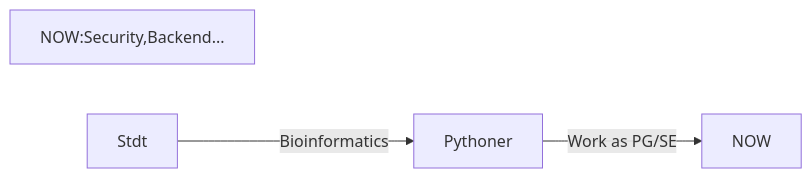
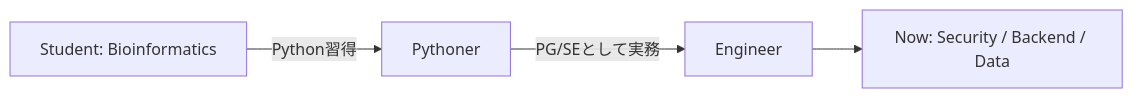
The diagram in README.md (myon-bioinformatics/myon-bioinformatics), drawn with Mermaid before and after one commit. The commit also changed other lines of this file, not shown here.

`````diff
--- a/README.md
+++ b/README.md
@@ -16,5 +33,6 @@
 ```mermaid
- flowchart LR
- NOW:Security,Backend...
-	 Stdt --Bioinformatics --> Pythoner --Work as PG/SE -->NOW
-```
+flowchart LR
+  Stdt[Student: Bioinformatics] -->|Python習得| Pythoner[Pythoner]
+  Pythoner -->|PG/SEとして実務| Pro[Engineer]
+  Pro --> NOW[Now: Security / Backend / Data]
+````
`````
